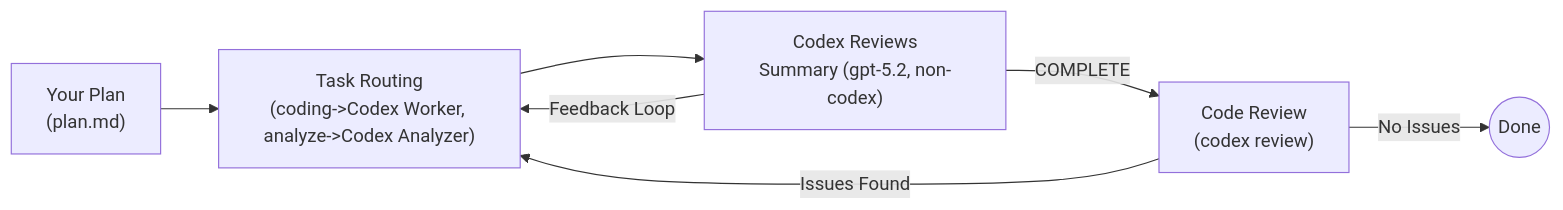
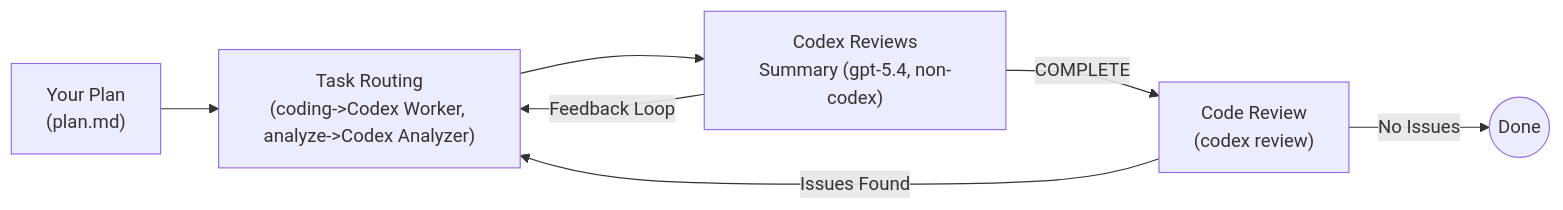
The diagram in README.md (ZenusZhang/humanize), drawn with Mermaid before and after one commit. The commit also changed other lines of this file and 42 other files, not shown here.

Commit message:
chore: unify default codex model to gpt-5.4 xhigh

````diff
--- a/README.md
+++ b/README.md
@@ -103,9 +103,9 @@
 ```mermaid
 flowchart LR
     Plan["Your Plan<br/>(plan.md)"] --> Worker["Task Routing<br/>(coding->Codex Worker, analyze->Codex Analyzer)"]
-    Worker --> Reviewer["Codex Reviews<br/>Summary (gpt-5.2, non-codex)"]
+    Worker --> Reviewer["Codex Reviews<br/>Summary (gpt-5.4, non-codex)"]
     Reviewer -->|Feedback Loop| Worker
     Reviewer -->|COMPLETE| Review["Code Review<br/>(codex review)"]
     Review -->|Issues Found| Worker
     Review -->|No Issues| Done((Done))
 ```
````
